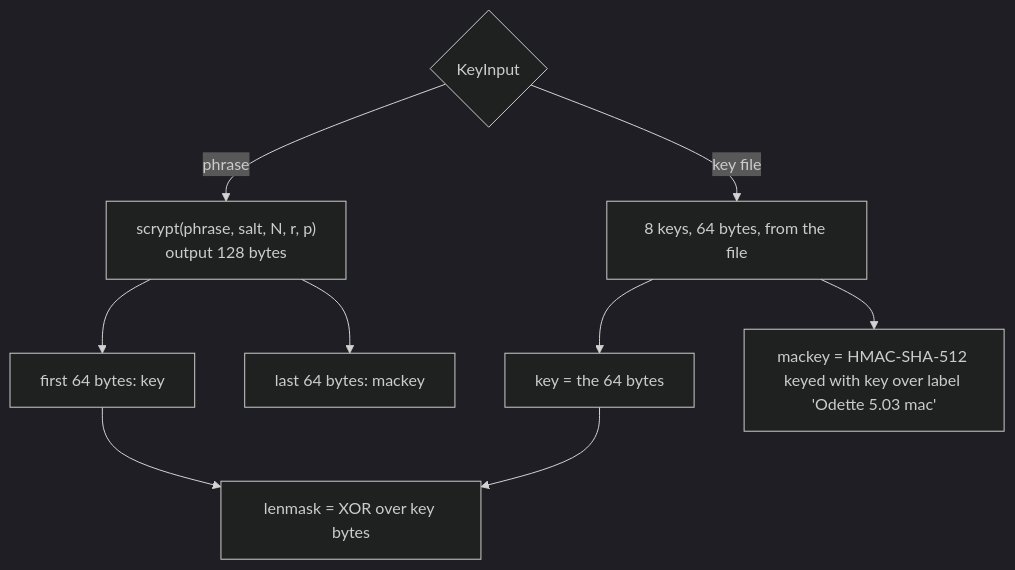
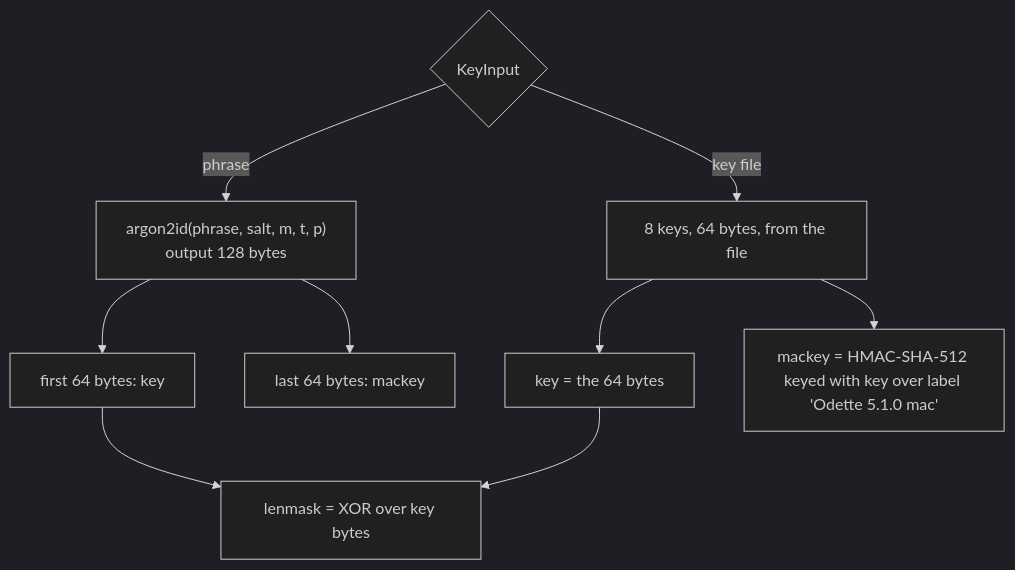
Before and after one commit to avw1ein/sillydes: the sixth of 10 diagrams in STRUCTURE.md, drawn with Mermaid (dark theme). The commit also changed other lines of this file and 20 other files, not shown here.

````diff
--- a/STRUCTURE.md
+++ b/STRUCTURE.md
@@ -268,11 +266,11 @@
 ```mermaid
 flowchart TD
-    in{"KeyInput"} -- phrase --> sc["scrypt(phrase, salt, N, r, p)<br/>output 128 bytes"]
+    in{"KeyInput"} -- phrase --> sc["argon2id(phrase, salt, m, t, p)<br/>output 128 bytes"]
     in -- key file --> kf["8 keys, 64 bytes, from the file"]
     sc --> k1["first 64 bytes: key"]
     sc --> k2["last 64 bytes: mackey"]
     kf --> k3["key = the 64 bytes"]
-    kf --> hm["mackey = HMAC-SHA-512 keyed with key over label 'Odette 5.03 mac'"]
+    kf --> hm["mackey = HMAC-SHA-512 keyed with key over label 'Odette 5.1.0 mac'"]
     k1 --> lm["lenmask = XOR over key bytes"]
     k3 --> lm
 ```
````
